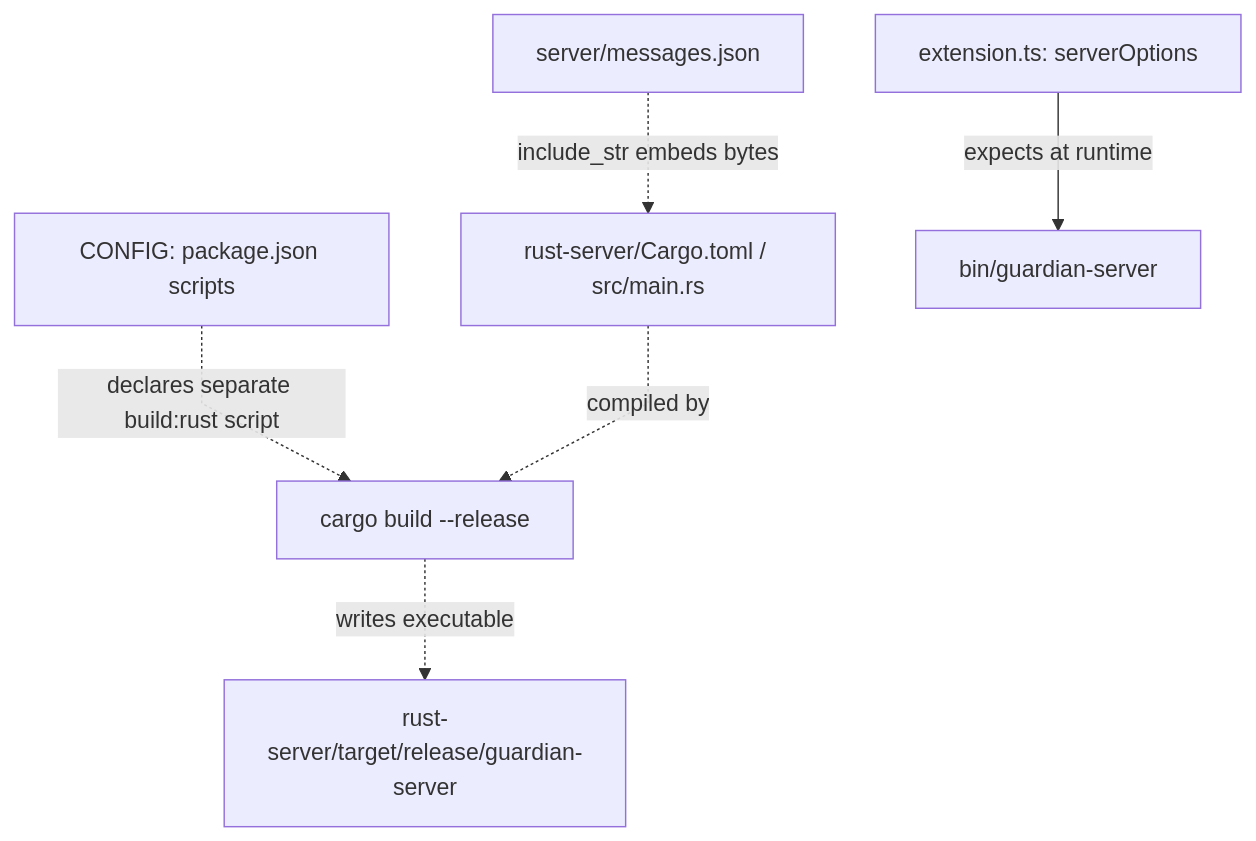
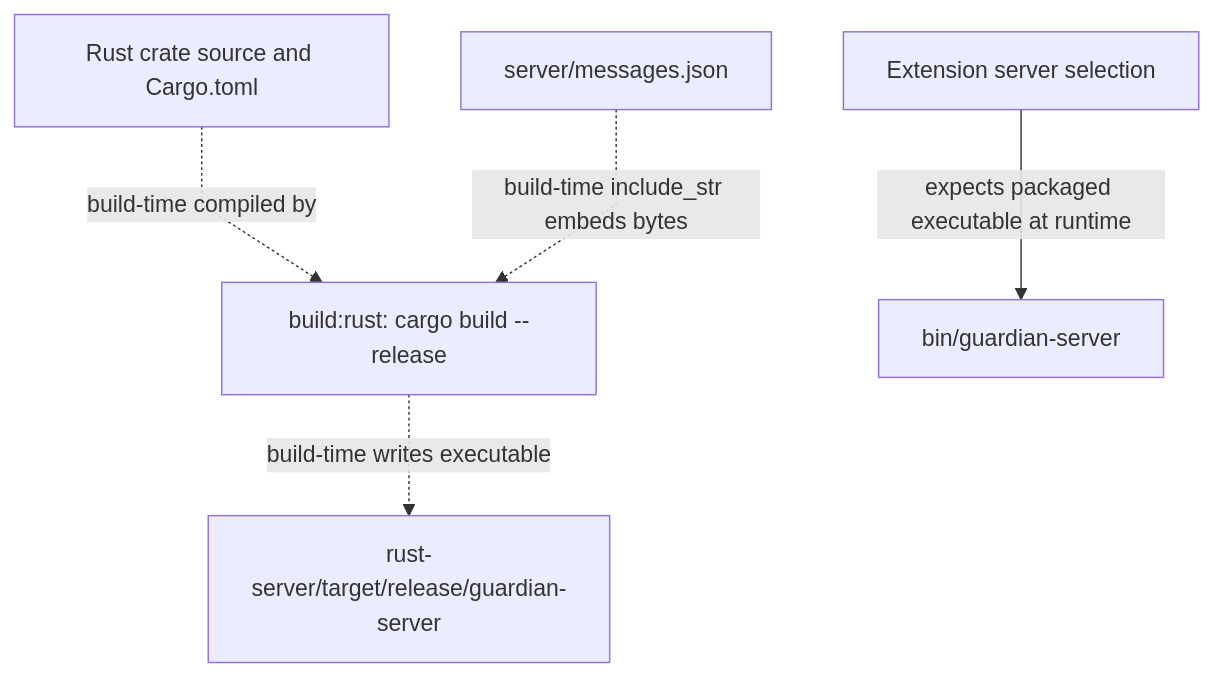
Before and after one commit to AashishTangnami/python-memory-guardian: the tenth of 11 diagrams in docs/feature-map.md, drawn with Mermaid. The commit also changed other lines of this file and 11 other files, not shown here.

````diff
--- a/docs/feature-map.md
+++ b/docs/feature-map.md
@@ -403,9 +476,14 @@
 ```mermaid
 %%{init: {"fontFamily":"Inter, ui-sans-serif, system-ui, sans-serif","flowchart":{"curve":"linear","nodeSpacing":50,"rankSpacing":60},"layout":"dagre"}}%%
 flowchart TD
-    CONFIG["CONFIG: package.json scripts"] -. declares separate build:rust script .-> Cargo["cargo build --release"]
-    Messages["server/messages.json"] -. include_str embeds bytes .-> RustSrc["rust-server/Cargo.toml / src/main.rs"]
-    RustSrc -. compiled by .-> Cargo
-    Cargo -. writes executable .-> Target["rust-server/target/release/guardian-server"]
-    Options["extension.ts: serverOptions"] -->|expects at runtime| Bin["bin/guardian-server"]
+    Inputs["Rust crate source and Cargo.toml"]
+    Messages["server/messages.json"]
+    Build["build:rust: cargo build --release"]
+    Target["rust-server/target/release/guardian-server"]
+    Bin["bin/guardian-server"]
+    Client["Extension server selection"]
+    Inputs -. build-time compiled by .-> Build
+    Messages -. build-time include_str embeds bytes .-> Build
+    Build -. build-time writes executable .-> Target
+    Client -->|expects packaged executable at runtime| Bin
 ```
````
